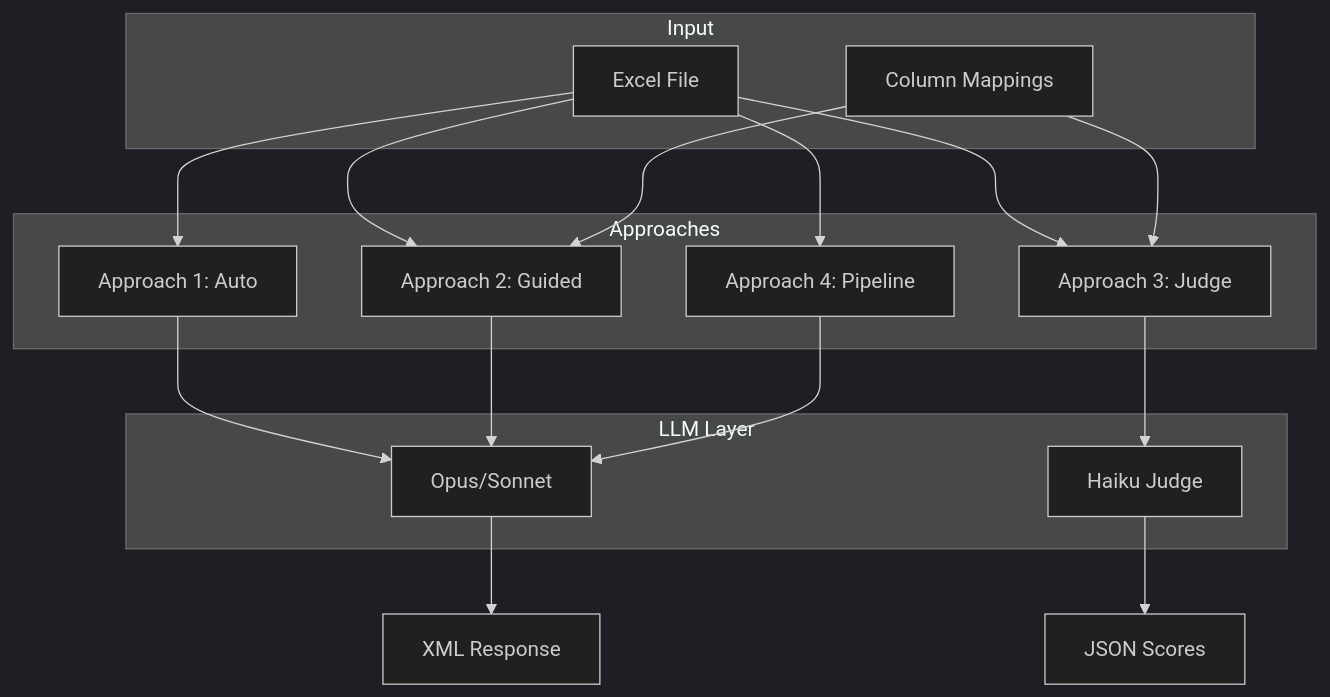
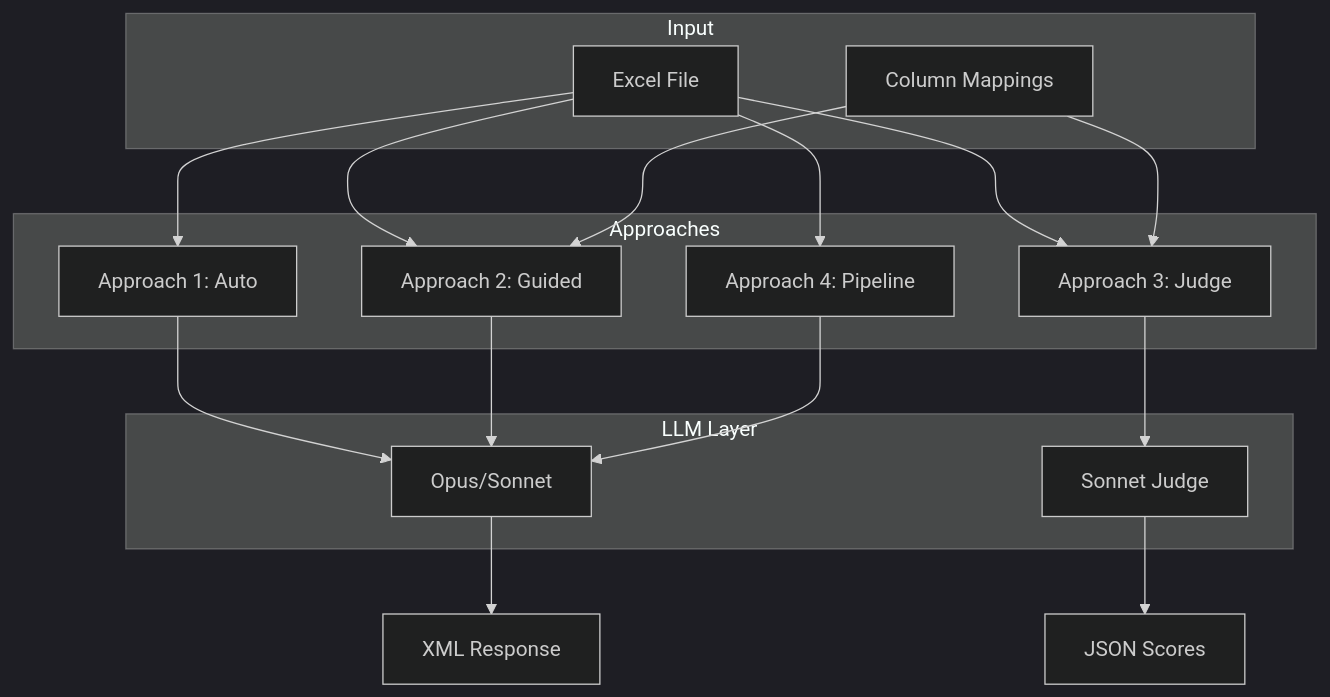
The first of 2 diagrams in backend/app/services/APPROACHES.md (dil-pkoppany/advanced-question-extraction-poc), drawn with Mermaid (dark theme) before and after one commit. The commit also changed other lines of this file and 3 other files, not shown here.

````diff
--- a/backend/app/services/APPROACHES.md
+++ b/backend/app/services/APPROACHES.md
@@ -7,34 +7,34 @@
 ```mermaid
 flowchart TB
     subgraph input [Input]
         Excel[Excel File]
         Mappings[Column Mappings]
     end
 
     subgraph approaches [Approaches]
         A1[Approach 1: Auto]
         A2[Approach 2: Guided]
         A3[Approach 3: Judge]
         A4[Approach 4: Pipeline]
     end
 
     subgraph llm [LLM Layer]
         Opus[Opus/Sonnet]
-        Haiku[Haiku Judge]
+        SonnetJudge[Sonnet Judge]
     end
 
     Excel --> A1
     Excel --> A2
     Excel --> A3
     Excel --> A4
     Mappings --> A2
     Mappings --> A3
 
     A1 --> Opus
     A2 --> Opus
-    A3 --> Haiku
+    A3 --> SonnetJudge
     A4 --> Opus
 
     Opus --> XML[XML Response]
-    Haiku --> JSON[JSON Scores]
+    SonnetJudge --> JSON[JSON Scores]
 ```
````
